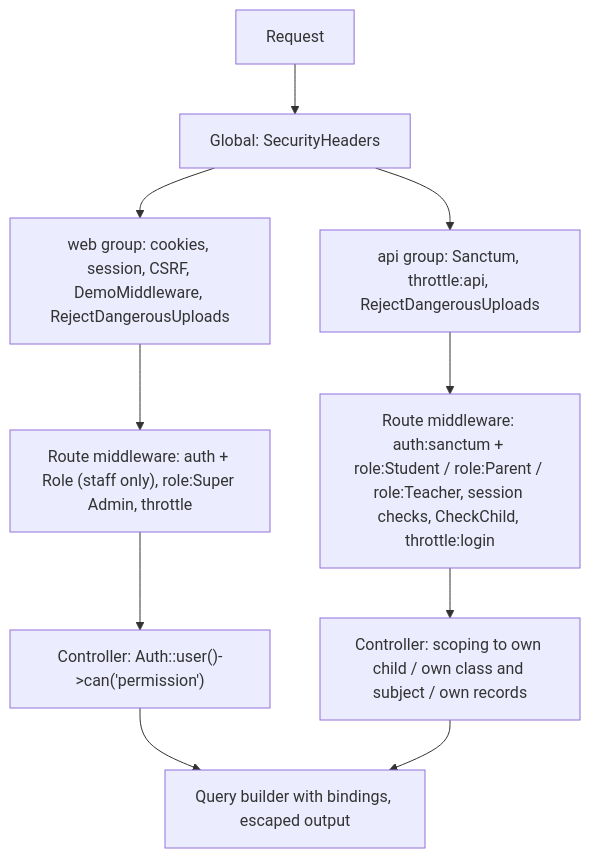
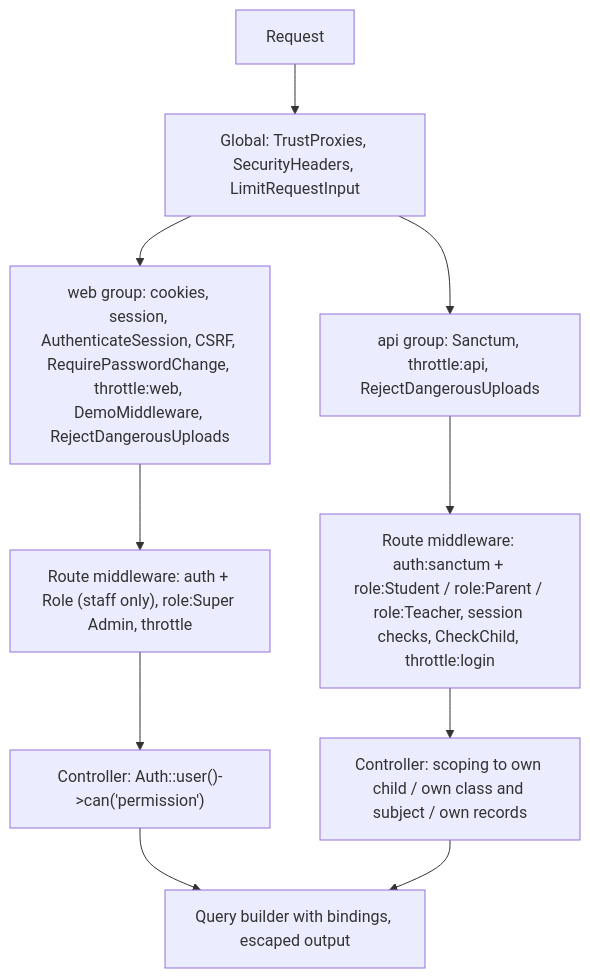
One commit to ShawnDaPrawn/Eschool changed the first of 2 diagrams in wiki/Security-Model.md. Above: the diagram before and after it, drawn with Mermaid. The commit also changed other lines of this file and 8 other files, not shown here.

````diff
--- a/wiki/Security-Model.md
+++ b/wiki/Security-Model.md
@@ -7,12 +7,12 @@
 ```mermaid
 flowchart TD
-    R["Request"] --> G["Global: SecurityHeaders"]
-    G --> W["web group: cookies, session, CSRF, DemoMiddleware, RejectDangerousUploads"]
+    R["Request"] --> G["Global: TrustProxies, SecurityHeaders, LimitRequestInput"]
+    G --> W["web group: cookies, session, AuthenticateSession, CSRF, RequirePasswordChange, throttle:web, DemoMiddleware, RejectDangerousUploads"]
     G --> A["api group: Sanctum, throttle:api, RejectDangerousUploads"]
     W --> WR["Route middleware: auth + Role (staff only), role:Super Admin, throttle"]
     A --> AR["Route middleware: auth:sanctum + role:Student / role:Parent / role:Teacher, session checks, CheckChild, throttle:login"]
     WR --> WC["Controller: Auth::user()->can('permission')"]
     AR --> AC["Controller: scoping to own child / own class and subject / own records"]
     WC --> Q["Query builder with bindings, escaped output"]
     AC --> Q
 ```
````
